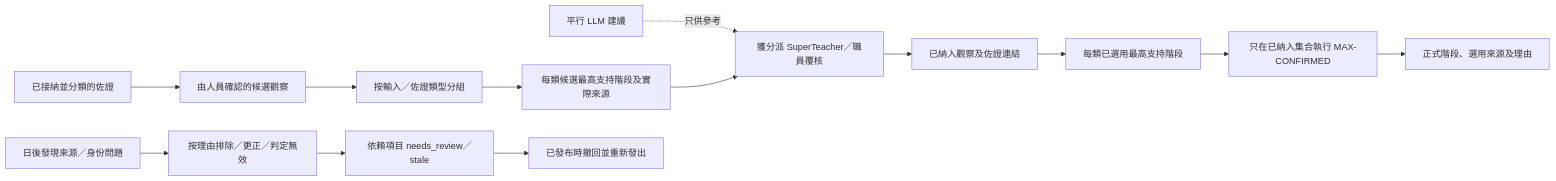
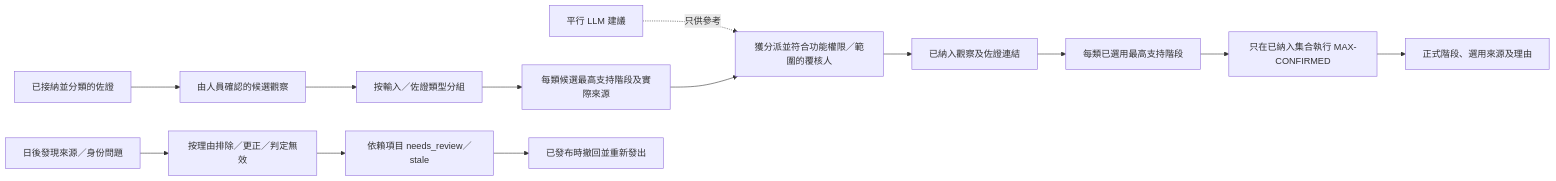
Before and after one commit to heison-octopus/testing-port: the second of 13 diagrams in output/Chinese/核心資料關係.md, drawn with Mermaid. The commit also changed other lines of this file and 117 other files, not shown here.

````diff
--- a/output/Chinese/核心資料關係.md
+++ b/output/Chinese/核心資料關係.md
@@ -210,15 +245,15 @@
 ```mermaid
 flowchart LR
     Proof[已接納並分類的佐證] --> Candidate[由人員確認的候選觀察]
     Candidate --> Group[按輸入／佐證類型分組]
     Group --> Max[每類候選最高支持階段及實際來源]
-    Models[平行 LLM 建議] -. 只供參考 .-> Review[獲分派 SuperTeacher／職員覆核]
+    Models[平行 LLM 建議] -. 只供參考 .-> Review[獲分派並符合功能權限／範圍的覆核人]
     Max --> Review
     Review --> Included[已納入觀察及佐證連結]
     Included --> IncludedMax[每類已選用最高支持階段]
     IncludedMax --> Policy[只在已納入集合執行 MAX-CONFIRMED]
     Policy --> Result[正式階段、選用來源及理由]
     Bad[日後發現來源／身份問題] --> Decision[按理由排除／更正／判定無效]
     Decision --> Impact[依賴項目 needs_review／stale]
     Impact --> Reissue[已發布時撤回並重新發出]
 ```
````
